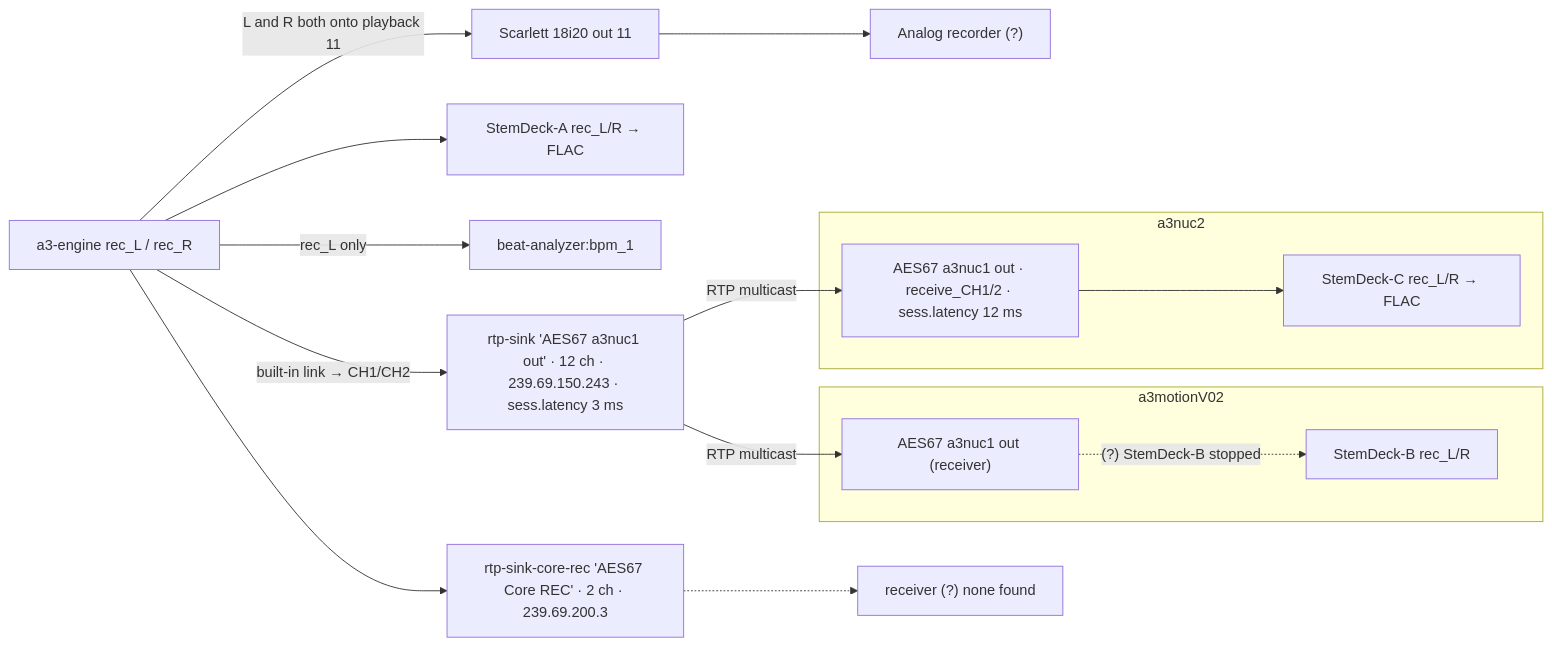
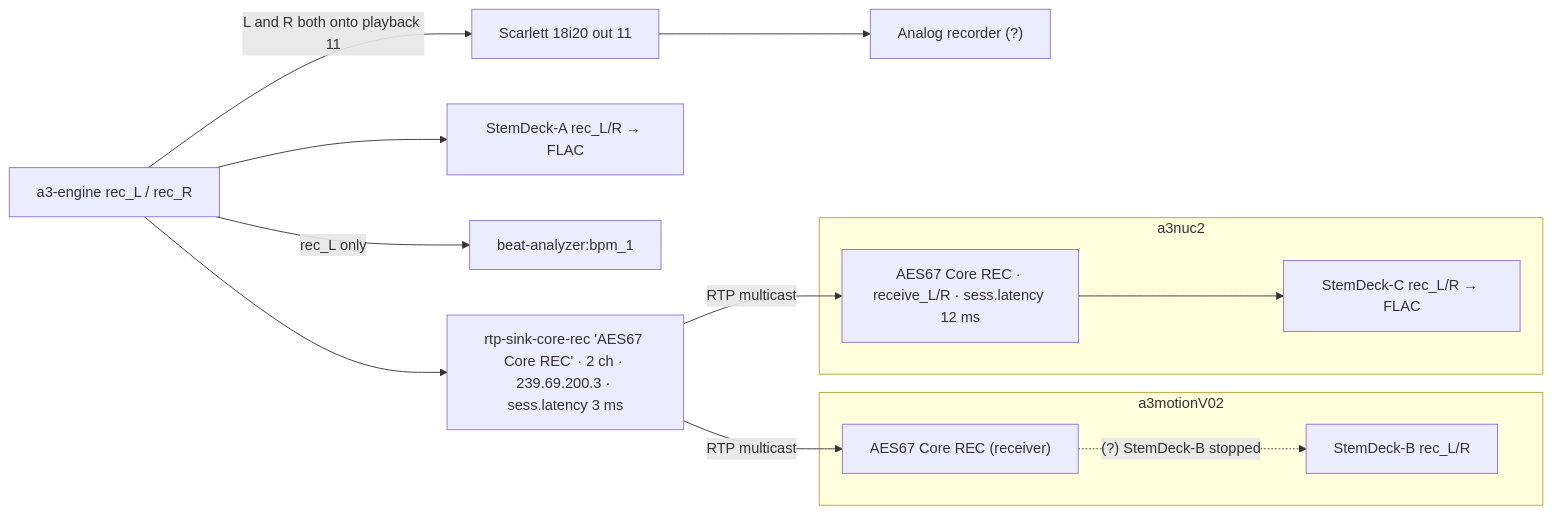
One commit to a3-audio/a3-doc changed the seventh of 9 diagrams in src/ressources/signal-flow.md. Above: the diagram before and after it, drawn with Mermaid. The commit also changed other lines of this file and 5 other files, not shown here.

First line of the commit message:
docs: the Core's AES67 streams are named by role, the legacy 'AES67 <host> out' is gone

````diff
--- a/src/ressources/signal-flow.md
+++ b/src/ressources/signal-flow.md
@@ -298,19 +297,17 @@
 ```mermaid
 flowchart LR
   PREC["a3-engine rec_L / rec_R"]
   PREC -->|"L and R both onto playback 11"| SCAR["Scarlett 18i20 out 11"]
   SCAR --> ARC["Analog recorder (?)"]
   PREC --> SDA["StemDeck-A rec_L/R → FLAC"]
   PREC -->|"rec_L only"| BAN["beat-analyzer:bpm_1"]
-  PREC -->|"built-in link → CH1/CH2"| TXO["rtp-sink 'AES67 a3nuc1 out' · 12 ch · 239.69.150.243 · sess.latency 3 ms"]
-  PREC --> TXR["rtp-sink-core-rec 'AES67 Core REC' · 2 ch · 239.69.200.3"]
-  TXR -.-> NOR["receiver (?) none found"]
+  PREC --> TXR["rtp-sink-core-rec 'AES67 Core REC' · 2 ch · 239.69.200.3 · sess.latency 3 ms"]
   subgraph HC["a3nuc2"]
-    RXC["AES67 a3nuc1 out · receive_CH1/2 · sess.latency 12 ms"] --> SDC["StemDeck-C rec_L/R → FLAC"]
+    RXC["AES67 Core REC · receive_L/R · sess.latency 12 ms"] --> SDC["StemDeck-C rec_L/R → FLAC"]
   end
   subgraph HB["a3motionV02"]
-    RXB["AES67 a3nuc1 out (receiver)"] -.->|"(?) StemDeck-B stopped"| SDB["StemDeck-B rec_L/R"]
+    RXB["AES67 Core REC (receiver)"] -.->|"(?) StemDeck-B stopped"| SDB["StemDeck-B rec_L/R"]
   end
-  TXO -->|"RTP multicast"| RXC
-  TXO -->|"RTP multicast"| RXB
+  TXR -->|"RTP multicast"| RXC
+  TXR -->|"RTP multicast"| RXB
 ```
````
